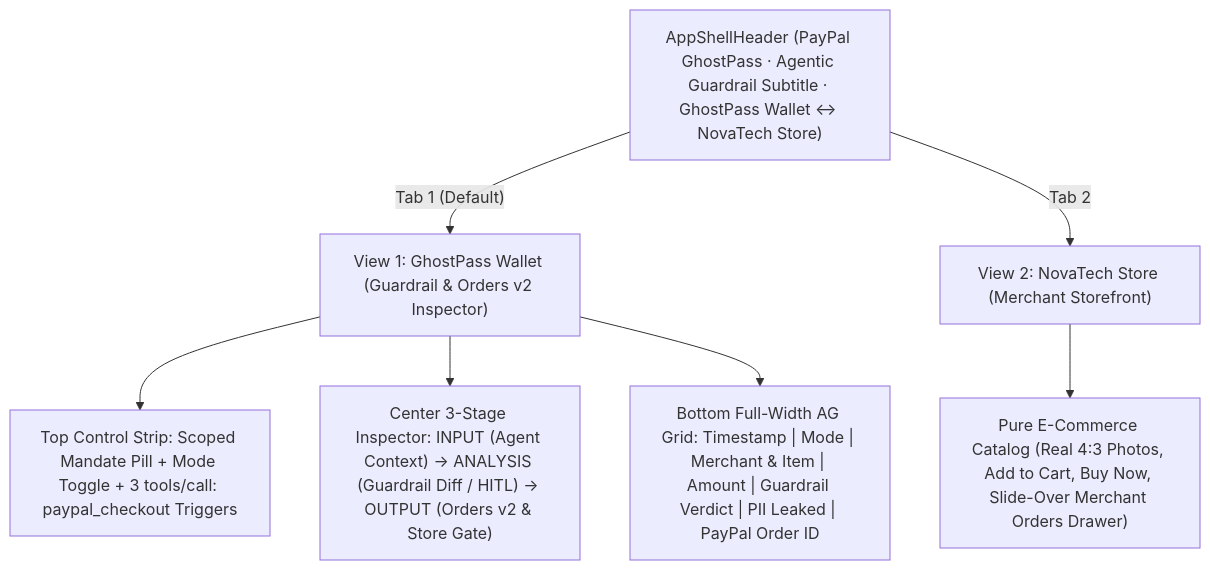
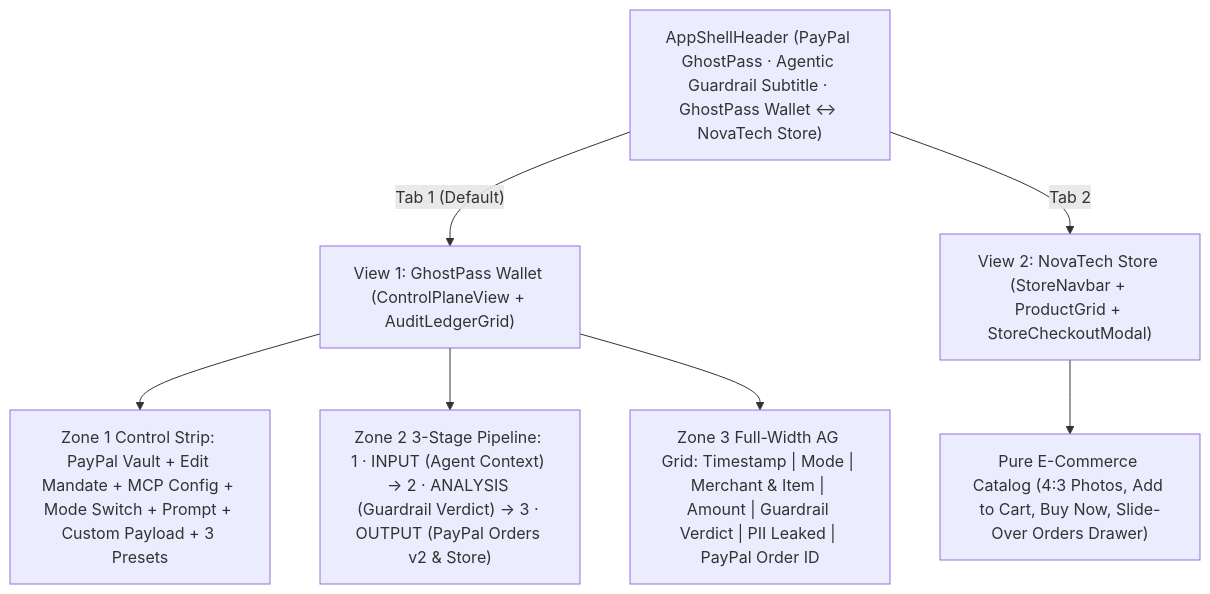
The diagram in docs/03-UI-UX-AND-DEMO-BLUEPRINT.md (bhargava562/paypass-agent), drawn with Mermaid before and after one commit. The commit also changed other lines of this file and 5 other files, not shown here.

Commit message:
docs: flagship README with Shields.io, Icons8, 2026 agentic commerce context, and root MIT LICENSE

````diff
--- a/docs/03-UI-UX-AND-DEMO-BLUEPRINT.md
+++ b/docs/03-UI-UX-AND-DEMO-BLUEPRINT.md
@@ -9,12 +9,12 @@
 ```mermaid
 flowchart TD
     Shell["AppShellHeader (PayPal GhostPass · Agentic Guardrail Subtitle · GhostPass Wallet <-> NovaTech Store)"]
-    Shell -->|"Tab 1 (Default)"| Wallet["View 1: GhostPass Wallet (Guardrail & Orders v2 Inspector)"]
-    Shell -->|"Tab 2"| Store["View 2: NovaTech Store (Merchant Storefront)"]
+    Shell -->|"Tab 1 (Default)"| Wallet["View 1: GhostPass Wallet (ControlPlaneView + AuditLedgerGrid)"]
+    Shell -->|"Tab 2"| Store["View 2: NovaTech Store (StoreNavbar + ProductGrid + StoreCheckoutModal)"]
 
-    Wallet --> Strip["Top Control Strip: Scoped Mandate Pill + Mode Toggle + 3 tools/call: paypal_checkout Triggers"]
-    Wallet --> Diff["Center 3-Stage Inspector: INPUT (Agent Context) -> ANALYSIS (Guardrail Diff / HITL) -> OUTPUT (Orders v2 & Store Gate)"]
-    Wallet --> Ledger["Bottom Full-Width AG Grid: Timestamp | Mode | Merchant & Item | Amount | Guardrail Verdict | PII Leaked | PayPal Order ID"]
+    Wallet --> Strip["Zone 1 Control Strip: PayPal Vault + Edit Mandate + MCP Config + Mode Switch + Prompt + Custom Payload + 3 Presets"]
+    Wallet --> Diff["Zone 2 3-Stage Pipeline: 1 · INPUT (Agent Context) -> 2 · ANALYSIS (Guardrail Verdict) -> 3 · OUTPUT (PayPal Orders v2 & Store)"]
+    Wallet --> Ledger["Zone 3 Full-Width AG Grid: Timestamp | Mode | Merchant & Item | Amount | Guardrail Verdict | PII Leaked | PayPal Order ID"]
 
-    Store --> Retail["Pure E-Commerce Catalog (Real 4:3 Photos, Add to Cart, Buy Now, Slide-Over Merchant Orders Drawer)"]
+    Store --> Retail["Pure E-Commerce Catalog (4:3 Photos, Add to Cart, Buy Now, Slide-Over Orders Drawer)"]
 ```
````
